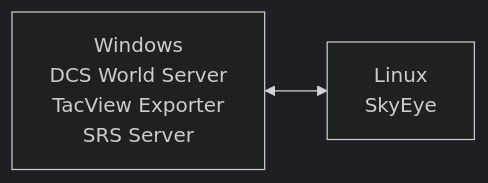
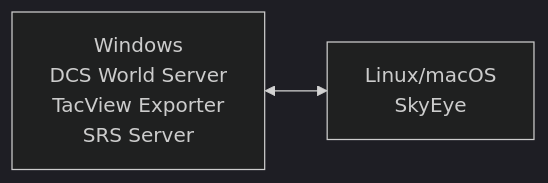
Before and after one commit to dharmab/skyeye: the first of 2 diagrams in docs/ADMIN.md, drawn with Mermaid (dark theme). The commit also changed other lines of this file and 6 other files, not shown here.

````diff
--- a/docs/ADMIN.md
+++ b/docs/ADMIN.md
@@ -49,4 +49,4 @@
 ```mermaid
 flowchart LR
-    dcs[Windows<br/>DCS World Server<br/>TacView Exporter<br/>SRS Server] <--> skyeye[Linux<br/>SkyEye]
+    dcs[Windows<br/>DCS World Server<br/>TacView Exporter<br/>SRS Server] <--> skyeye[Linux/macOS<br/>SkyEye]
 ```
````
